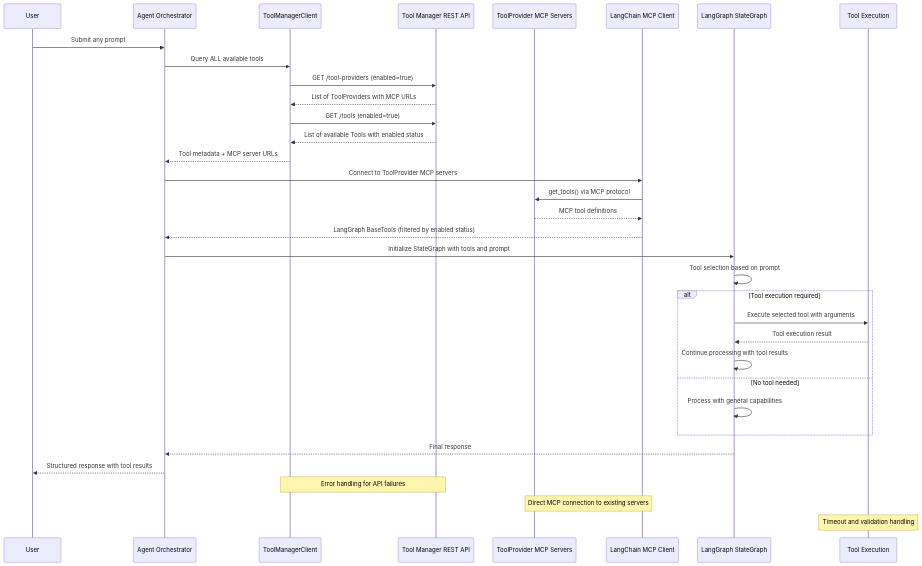
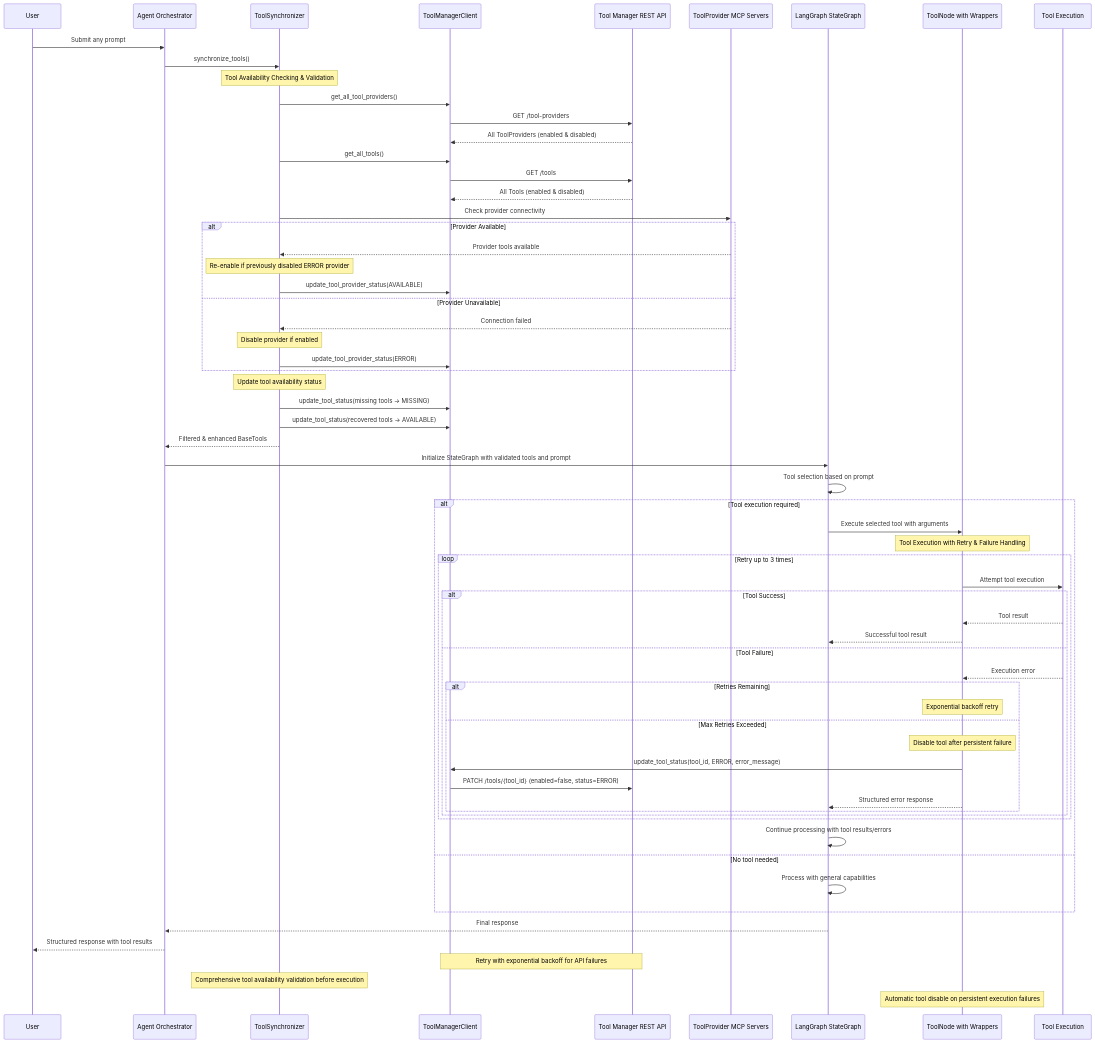
The second of 2 diagrams in specs/020-agentic-task-execution/spec.md (alinabuzachis/syntara), drawn with Mermaid before and after one commit. The commit also changed other lines of this file and 2 other files, not shown here.

Commit message:
docs: Update Tool Calling Sequence Diagram. (#306)
* docs: Update Tool Calling Sequence Diagram.

````diff
--- a/specs/020-agentic-task-execution/spec.md
+++ b/specs/020-agentic-task-execution/spec.md
@@ -107,43 +107,78 @@
 ```mermaid
 sequenceDiagram
     participant User
     participant AgentOrchestrator as Agent Orchestrator
+    participant ToolSynchronizer as ToolSynchronizer
     participant TMClient as ToolManagerClient
     participant TMAPI as Tool Manager REST API
     participant MCPServers as ToolProvider MCP Servers
-    participant LangChainMCP as LangChain MCP Client
     participant LangGraph as LangGraph StateGraph
+    participant ToolNode as ToolNode with Wrappers
     participant ToolExecution as Tool Execution
 
     User->>AgentOrchestrator: Submit any prompt
-    AgentOrchestrator->>TMClient: Query ALL available tools
-    TMClient->>TMAPI: GET /tool-providers (enabled=true)
-    TMAPI-->>TMClient: List of ToolProviders with MCP URLs
-    TMClient->>TMAPI: GET /tools (enabled=true)
-    TMAPI-->>TMClient: List of available Tools with enabled status
-    TMClient-->>AgentOrchestrator: Tool metadata + MCP server URLs
+    AgentOrchestrator->>ToolSynchronizer: synchronize_tools()
 
-    AgentOrchestrator->>LangChainMCP: Connect to ToolProvider MCP servers
-    LangChainMCP->>MCPServers: get_tools() via MCP protocol
-    MCPServers-->>LangChainMCP: MCP tool definitions
-    LangChainMCP-->>AgentOrchestrator: LangGraph BaseTools (filtered by enabled status)
+    Note over ToolSynchronizer: Tool Availability Checking & Validation
+    ToolSynchronizer->>TMClient: get_all_tool_providers()
+    TMClient->>TMAPI: GET /tool-providers
+    TMAPI-->>TMClient: All ToolProviders (enabled & disabled)
+    ToolSynchronizer->>TMClient: get_all_tools()
+    TMClient->>TMAPI: GET /tools
+    TMAPI-->>TMClient: All Tools (enabled & disabled)
 
-    AgentOrchestrator->>LangGraph: Initialize StateGraph with tools and prompt
+    ToolSynchronizer->>MCPServers: Check provider connectivity
+    alt Provider Available
+        MCPServers-->>ToolSynchronizer: Provider tools available
+        Note over ToolSynchronizer: Re-enable if previously disabled ERROR provider
+        ToolSynchronizer->>TMClient: update_tool_provider_status(AVAILABLE)
+    else Provider Unavailable
+        MCPServers-->>ToolSynchronizer: Connection failed
+        Note over ToolSynchronizer: Disable provider if enabled
+        ToolSynchronizer->>TMClient: update_tool_provider_status(ERROR)
+    end
+
+    Note over ToolSynchronizer: Update tool availability status
+    ToolSynchronizer->>TMClient: update_tool_status(missing tools → MISSING)
+    ToolSynchronizer->>TMClient: update_tool_status(recovered tools → AVAILABLE)
+
+    ToolSynchronizer-->>AgentOrchestrator: Filtered & enhanced BaseTools
+
+    AgentOrchestrator->>LangGraph: Initialize StateGraph with validated tools and prompt
 
     LangGraph->>LangGraph: Tool selection based on prompt
 
     alt Tool execution required
-        LangGraph->>ToolExecution: Execute selected tool with arguments
-        ToolExecution-->>LangGraph: Tool execution result
-        LangGraph->>LangGraph: Continue processing with tool results
+        LangGraph->>ToolNode: Execute selected tool with arguments
+        Note over ToolNode: Tool Execution with Retry & Failure Handling
+
+        loop Retry up to 3 times
+            ToolNode->>ToolExecution: Attempt tool execution
+            alt Tool Success
+                ToolExecution-->>ToolNode: Tool result
+                ToolNode-->>LangGraph: Successful tool result
+            else Tool Failure
+                ToolExecution-->>ToolNode: Execution error
+                alt Retries Remaining
+                    Note over ToolNode: Exponential backoff retry
+                else Max Retries Exceeded
+                    Note over ToolNode: Disable tool after persistent failure
+                    ToolNode->>TMClient: update_tool_status(tool_id, ERROR, error_message)
+                    TMClient->>TMAPI: PATCH /tools/{tool_id} (enabled=false, status=ERROR)
+                    ToolNode-->>LangGraph: Structured error response
+                end
+            end
+        end
+
+        LangGraph->>LangGraph: Continue processing with tool results/errors
     else No tool needed
         LangGraph->>LangGraph: Process with general capabilities
     end
 
     LangGraph-->>AgentOrchestrator: Final response
     AgentOrchestrator-->>User: Structured response with tool results
 
-    Note over TMClient,TMAPI: Error handling for API failures
-    Note over LangChainMCP,MCPServers: Direct MCP connection to existing servers
-    Note over ToolExecution: Timeout and validation handling
+    Note over TMClient,TMAPI: Retry with exponential backoff for API failures
+    Note over ToolSynchronizer: Comprehensive tool availability validation before execution
+    Note over ToolNode: Automatic tool disable on persistent execution failures
 ```
````
